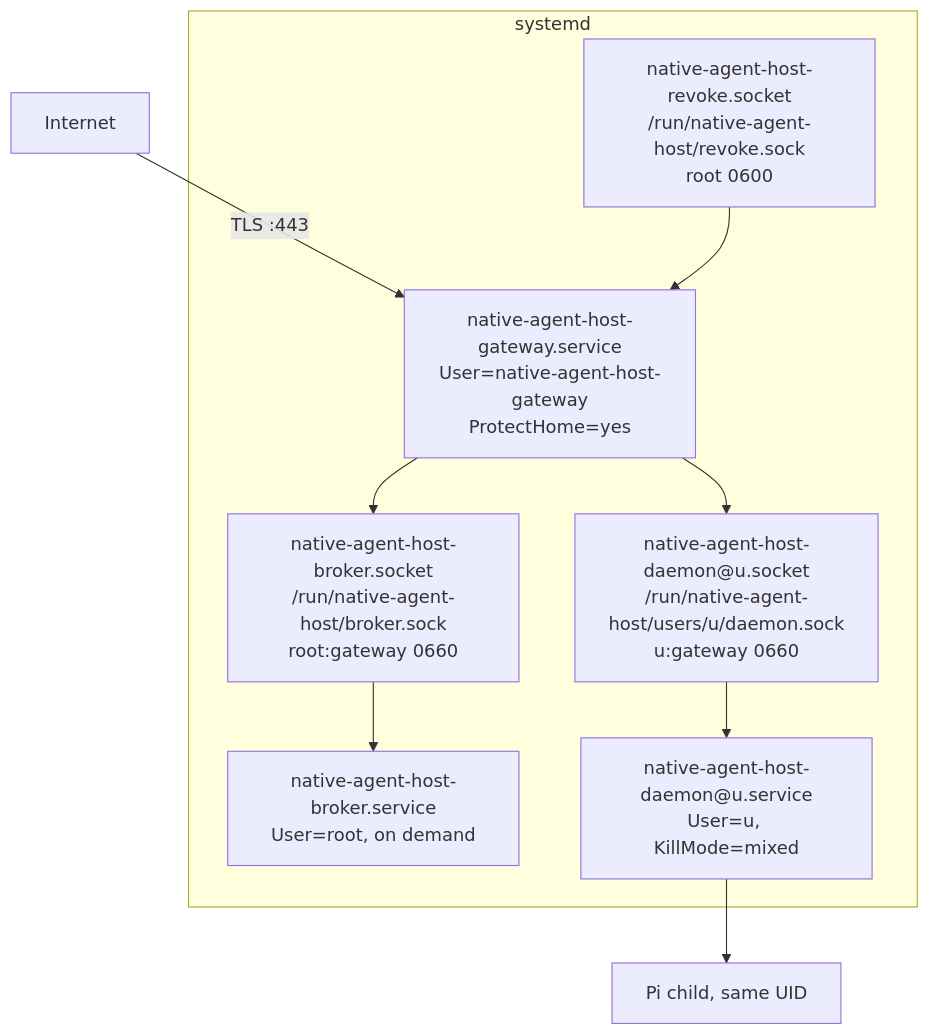
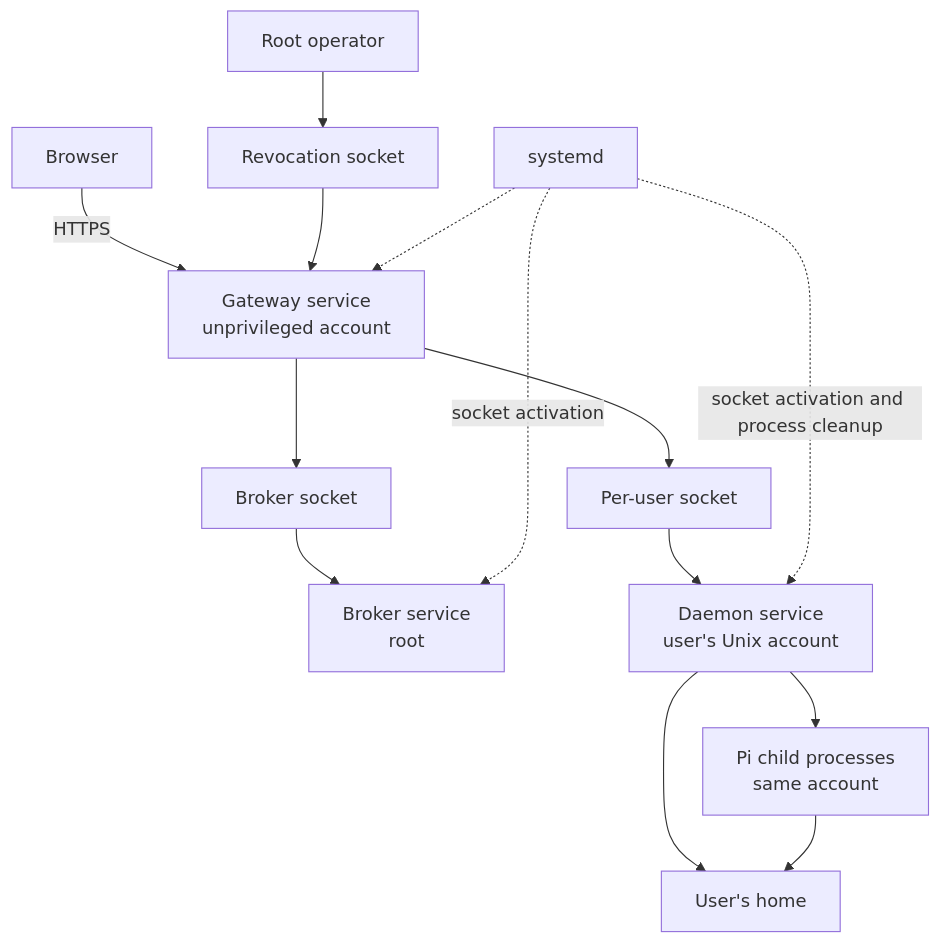
Before and after one commit to Open-Habitat/open-habitat: the diagram in docs/architecture/deployment.md, drawn with Mermaid. The commit also changed other lines of this file and 1 other file, not shown here.

First line of the commit message:
docs: explain deployment lifecycle and operator responsibilities

````diff
--- a/docs/architecture/deployment.md
+++ b/docs/architecture/deployment.md
@@ -12,16 +9,13 @@
 ```mermaid
 flowchart TB
-  subgraph systemd
-    GS["native-agent-host-gateway.service<br/>User=native-agent-host-gateway<br/>ProtectHome=yes"]
-    RS["native-agent-host-revoke.socket<br/>/run/native-agent-host/revoke.sock<br/>root 0600"]
-    BS["native-agent-host-broker.socket<br/>/run/native-agent-host/broker.sock<br/>root:gateway 0660"]
-    BR["native-agent-host-broker.service<br/>User=root, on demand"]
-    DS["native-agent-host-daemon@u.socket<br/>/run/native-agent-host/users/u/daemon.sock<br/>u:gateway 0660"]
-    DU["native-agent-host-daemon@u.service<br/>User=u, KillMode=mixed"]
-  end
-  Internet -- "TLS :443" --> GS
-  GS --> BS --> BR
-  GS --> DS --> DU
-  RS --> GS
-  DU --> Pi["Pi child, same UID"]
+  Browser["Browser"] -->|HTTPS| Gateway["Gateway service<br/>unprivileged account"]
+  Operator["Root operator"] --> Revoke["Revocation socket"] --> Gateway
+  Gateway --> BrokerSocket["Broker socket"] --> Broker["Broker service<br/>root"]
+  Gateway --> UserSocket["Per-user socket"] --> Daemon["Daemon service<br/>user's Unix account"]
+  Daemon --> Pi["Pi child processes<br/>same account"]
+  Daemon --> Home["User's home"]
+  Pi --> Home
+  Systemd["systemd"] -.-> Gateway
+  Systemd -. "socket activation" .-> Broker
+  Systemd -. "socket activation and process cleanup" .-> Daemon
 ```
````
